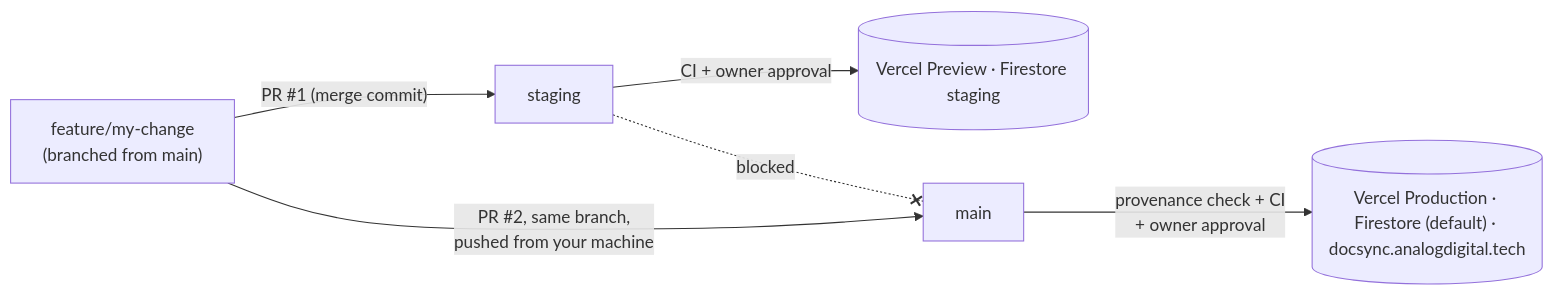
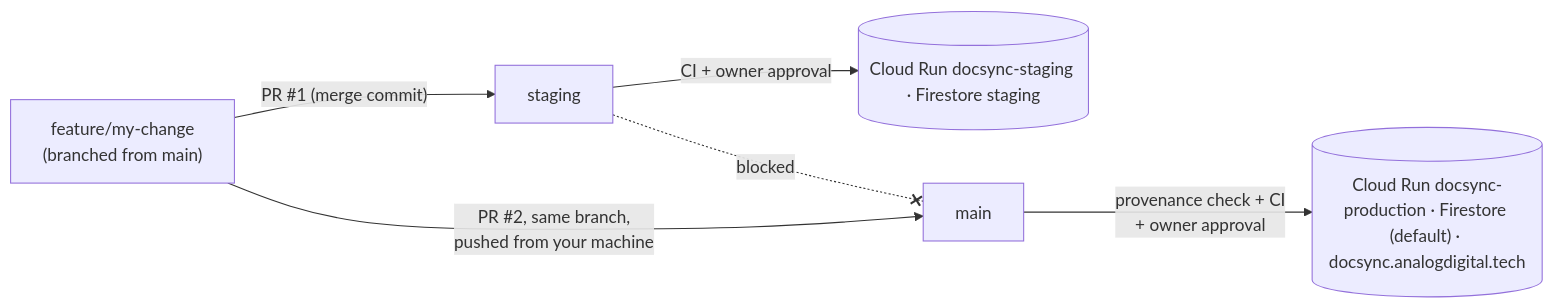
The diagram in docs/RELEASE_FLOW.md (shoubhiksaha/Doc-Sync-AI), drawn with Mermaid before and after one commit. The commit also changed other lines of this file and 26 other files, not shown here.

First line of the commit message:
feat(hosting): run on Google Cloud Run in Mumbai instead of Vercel

````diff
--- a/docs/RELEASE_FLOW.md
+++ b/docs/RELEASE_FLOW.md
@@ -28,8 +34,8 @@
 ```mermaid
 flowchart LR
     F["feature/my-change<br/>(branched from main)"] -- "PR #1 (merge commit)" --> S[staging]
-    S -- "CI + owner approval" --> SE[("Vercel Preview · Firestore staging")]
+    S -- "CI + owner approval" --> SE[("Cloud Run docsync-staging · Firestore staging")]
     F -- "PR #2, same branch,<br/>pushed from your machine" --> M[main]
-    M -- "provenance check + CI<br/>+ owner approval" --> PE[("Vercel Production · Firestore (default) · docsync.analogdigital.tech")]
+    M -- "provenance check + CI<br/>+ owner approval" --> PE[("Cloud Run docsync-production · Firestore (default) · docsync.analogdigital.tech")]
     S -. "blocked" .-x M
 ```
````
